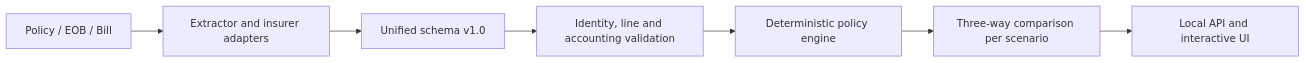
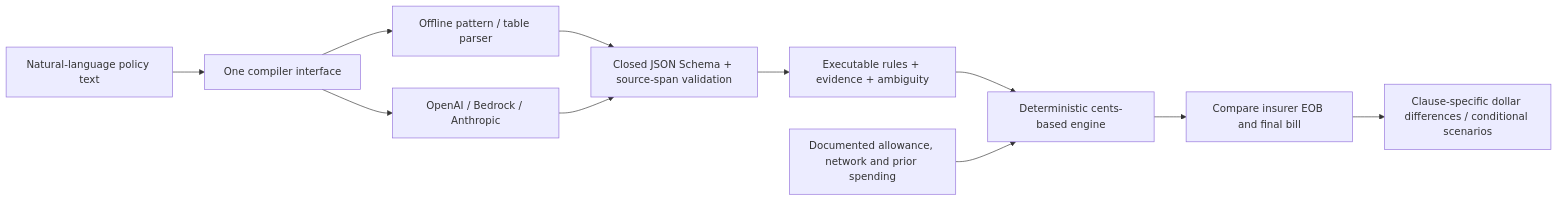
The diagram in README.md (RaineyMisty/Fineprint), drawn with Mermaid before and after one commit. The commit also changed other lines of this file and 6 other files, not shown here.

Commit message:
docs: document compiler, offline demo and measured synthetic evaluation in English and Chinese

````diff
--- a/README.md
+++ b/README.md
@@ -72,9 +44,13 @@
 ```mermaid
 flowchart LR
-    S[Policy / EOB / Bill] --> X[Extractor and insurer adapters]
-    X --> M[Unified schema v1.0]
-    M --> V[Identity, line and accounting validation]
-    V --> E[Deterministic policy engine]
-    E --> C[Three-way comparison per scenario]
-    C --> U[Local API and interactive UI]
+    P[Natural-language policy text] --> I[One compiler interface]
+    I --> F[Offline pattern / table parser]
+    I --> L[OpenAI / Bedrock / Anthropic]
+    F --> V[Closed JSON Schema + source-span validation]
+    L --> V
+    V --> R[Executable rules + evidence + ambiguity]
+    R --> E[Deterministic cents-based engine]
+    X[Documented allowance, network and prior spending] --> E
+    E --> C[Compare insurer EOB and final bill]
+    C --> U[Clause-specific dollar differences / conditional scenarios]
 ```
````
